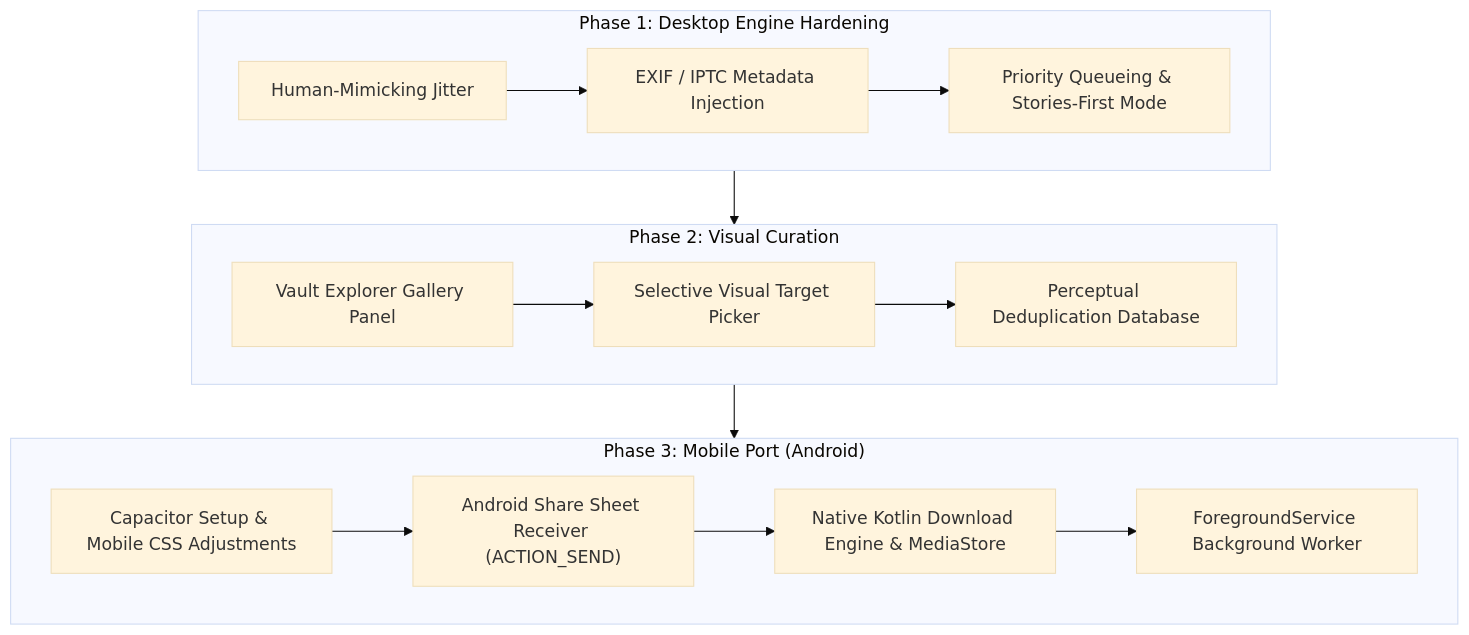
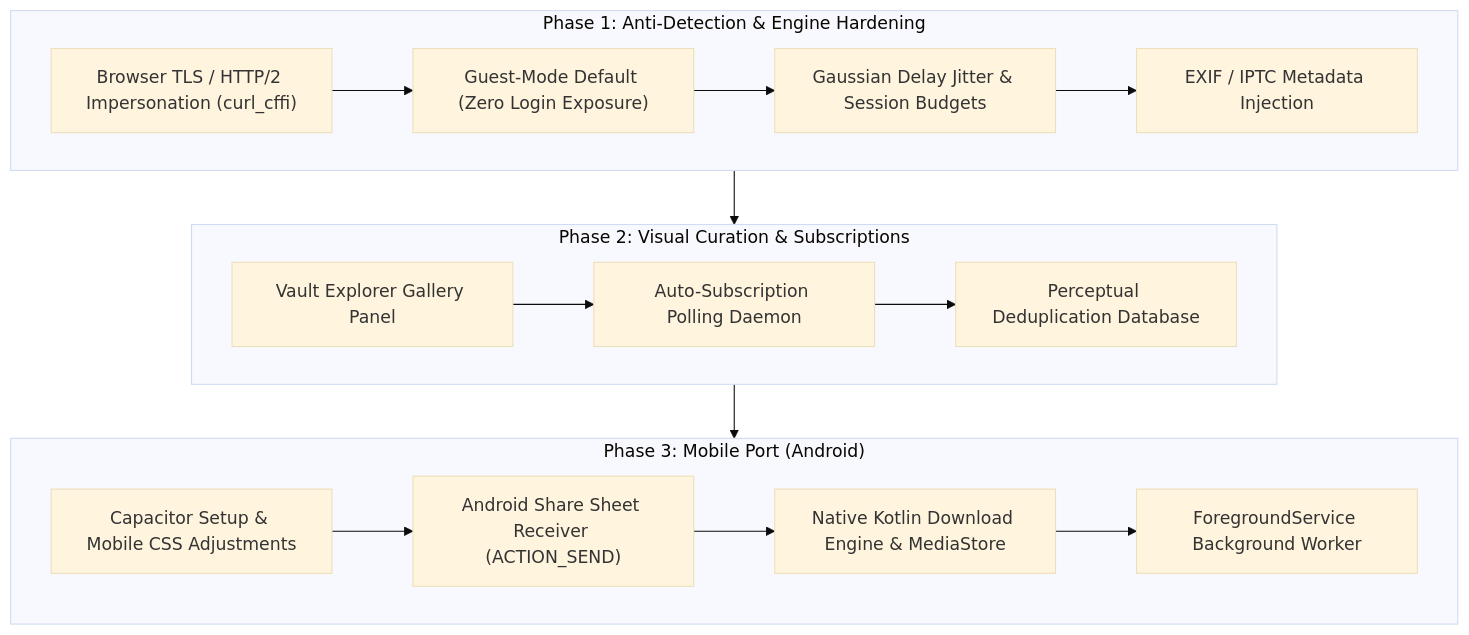
Before and after one commit to mehenuf/yoinkstagram: the diagram in RESEARCH.md, drawn with Mermaid (base theme). The commit also changed other lines of this file, not shown here.

Commit message:
docs: add anti-detection research and forced password reset mitigation strategies

````diff
--- a/RESEARCH.md
+++ b/RESEARCH.md
@@ -134,21 +210,22 @@
 ```mermaid
 flowchart TD
-    subgraph Phase1["Phase 1: Desktop Engine Hardening"]
-        A1["Human-Mimicking Jitter"] --> A2["EXIF / IPTC Metadata Injection"]
-        A2 --> A3["Priority Queueing & Stories-First Mode"]
+    subgraph Phase1["Phase 1: Anti-Detection & Engine Hardening"]
+        A1["Browser TLS / HTTP/2 Impersonation (curl_cffi)"] --> A2["Guest-Mode Default (Zero Login Exposure)"]
+        A2 --> A3["Gaussian Delay Jitter & Session Budgets"]
+        A3 --> A4["EXIF / IPTC Metadata Injection"]
     end
 
-    subgraph Phase2["Phase 2: Visual Curation"]
-        B1["Vault Explorer Gallery Panel"] --> B2["Selective Visual Target Picker"]
+    subgraph Phase2["Phase 2: Visual Curation & Subscriptions"]
+        B1["Vault Explorer Gallery Panel"] --> B2["Auto-Subscription Polling Daemon"]
         B2 --> B3["Perceptual Deduplication Database"]
     end
 
     subgraph Phase3["Phase 3: Mobile Port (Android)"]
         C1["Capacitor Setup & Mobile CSS Adjustments"] --> C2["Android Share Sheet Receiver (ACTION_SEND)"]
         C2 --> C3["Native Kotlin Download Engine & MediaStore"]
         C3 --> C4["ForegroundService Background Worker"]
     end
 
     Phase1 --> Phase2
     Phase2 --> Phase3
 ```
````
